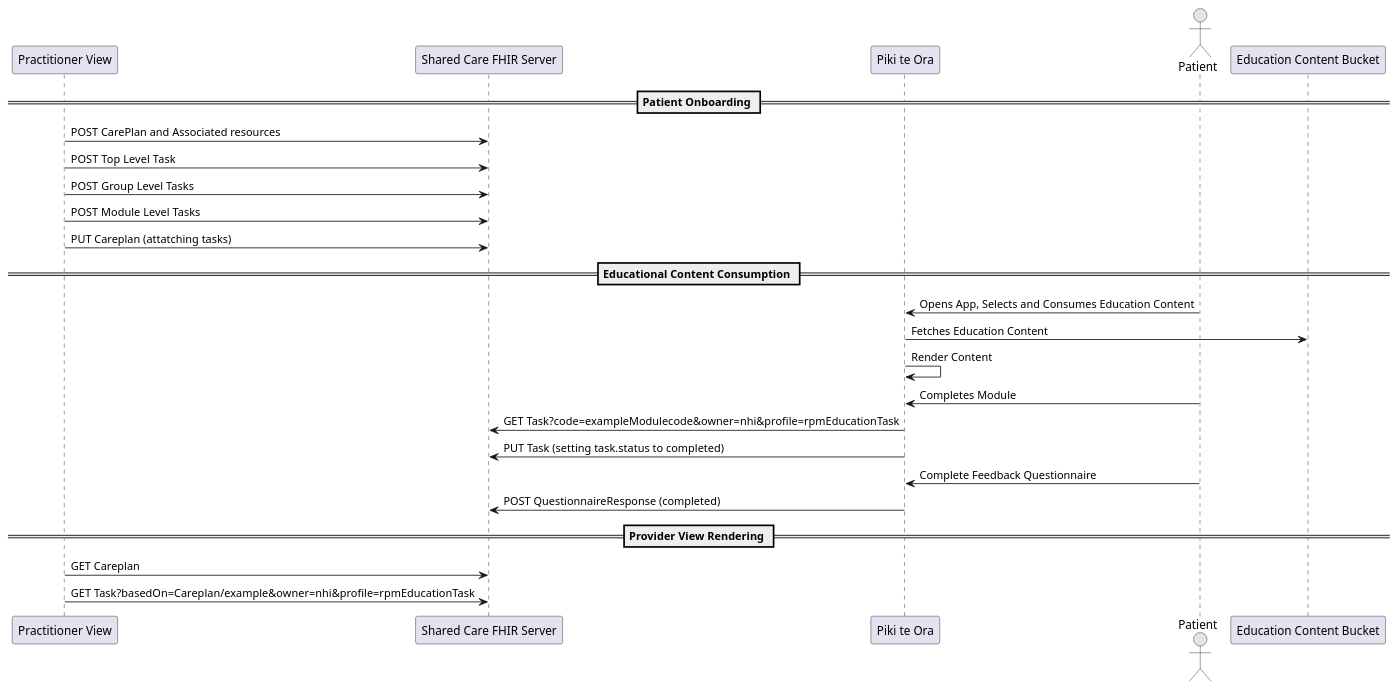
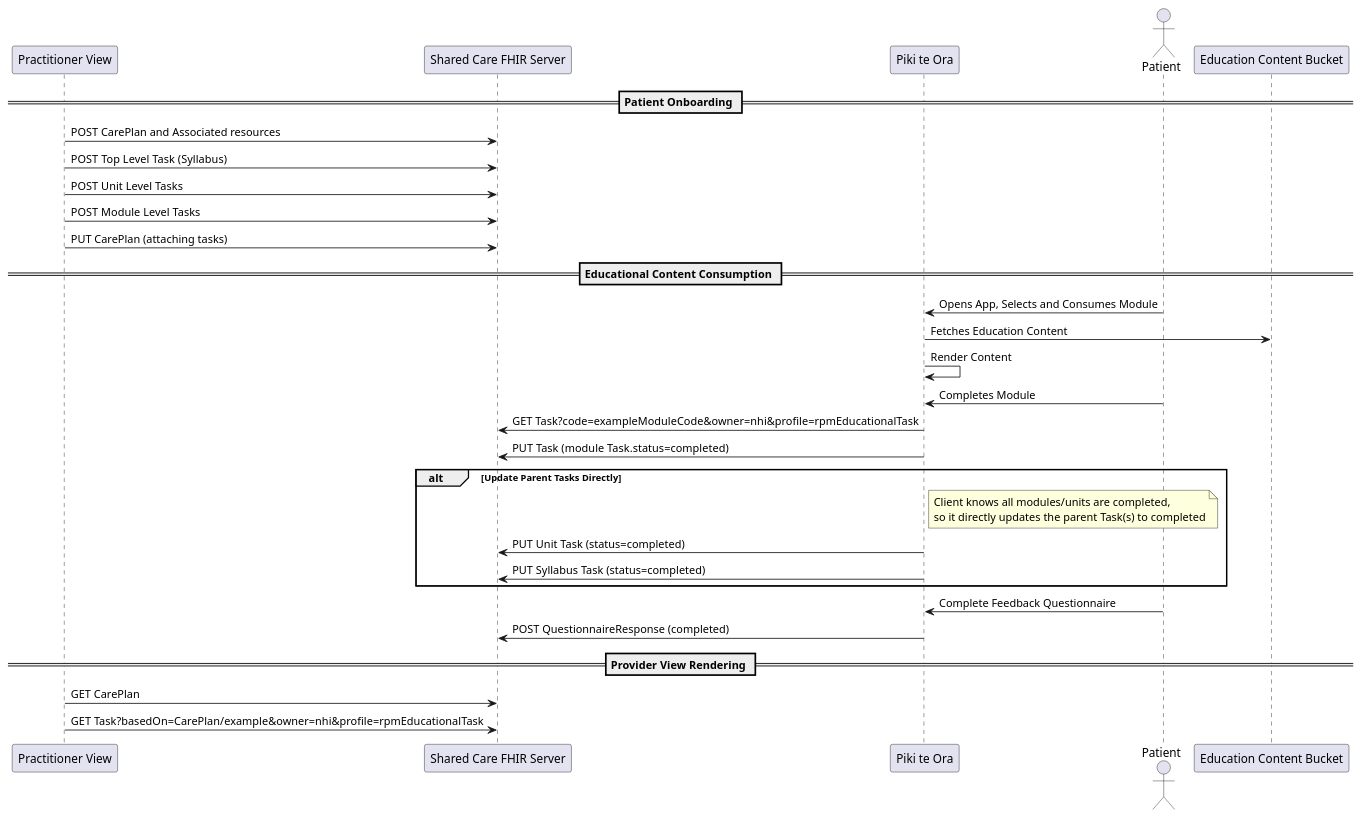
The diagram in input/images-source/rpm-education-flow-tasks.plantuml (tewhatuora/cinc-fhir-ig), drawn with PlantUML before and after one commit. The commit also changed 18 other files, not shown here.

Commit message:
Codes, Example, diagrams

```diff
--- a/input/images-source/rpm-education-flow-tasks.plantuml
+++ b/input/images-source/rpm-education-flow-tasks.plantuml
@@ -1,30 +1,39 @@
 @startuml
 participant "Practitioner View" as PV
 participant "Shared Care FHIR Server" as FHIR
 participant "Piki te Ora" as App
 actor Patient
 participant "Education Content Bucket" as ECB
 
 == Patient Onboarding ==
 PV -> FHIR : POST CarePlan and Associated resources
-PV -> FHIR : POST Top Level Task
-PV -> FHIR : POST Group Level Tasks
+PV -> FHIR : POST Top Level Task (Syllabus)
+PV -> FHIR : POST Unit Level Tasks
 PV -> FHIR : POST Module Level Tasks
-PV -> FHIR : PUT Careplan (attatching tasks)
-
+PV -> FHIR : PUT CarePlan (attaching tasks)
 
 == Educational Content Consumption ==
-Patient -> App : Opens App, Selects and Consumes Education Content
+Patient -> App : Opens App, Selects and Consumes Module
 App -> ECB : Fetches Education Content
 App -> App : Render Content
 Patient -> App : Completes Module
-App -> FHIR : GET Task?code=exampleModulecode&owner=nhi&profile=rpmEducationTask
-App -> FHIR : PUT Task (setting task.status to completed)
+App -> FHIR : GET Task?code=exampleModuleCode&owner=nhi&profile=rpmEducationalTask
+App -> FHIR : PUT Task (module Task.status=completed)
+
+alt Update Parent Tasks Directly
+    note right of App
+        Client knows all modules/units are completed,
+        so it directly updates the parent Task(s) to completed
+    end note
+    App -> FHIR : PUT Unit Task (status=completed)
+    App -> FHIR : PUT Syllabus Task (status=completed)
+end
+
 Patient -> App : Complete Feedback Questionnaire
 App -> FHIR : POST QuestionnaireResponse (completed)
 
 == Provider View Rendering ==
-PV -> FHIR : GET Careplan
-PV -> FHIR : GET Task?basedOn=Careplan/example&owner=nhi&profile=rpmEducationTask
+PV -> FHIR : GET CarePlan
+PV -> FHIR : GET Task?basedOn=CarePlan/example&owner=nhi&profile=rpmEducationalTask
 
 @enduml
```
